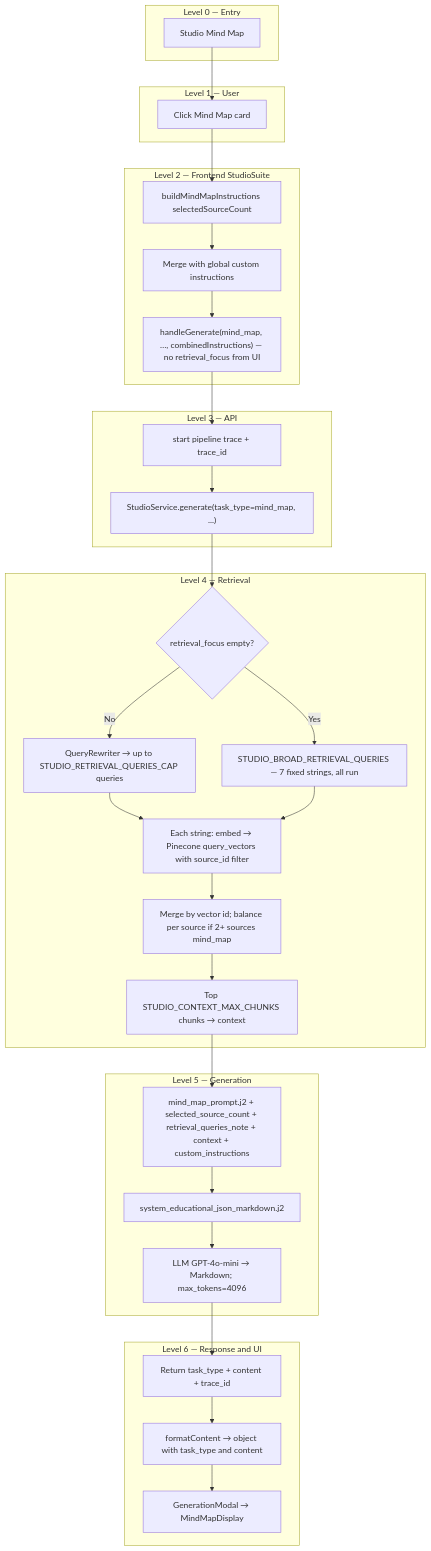
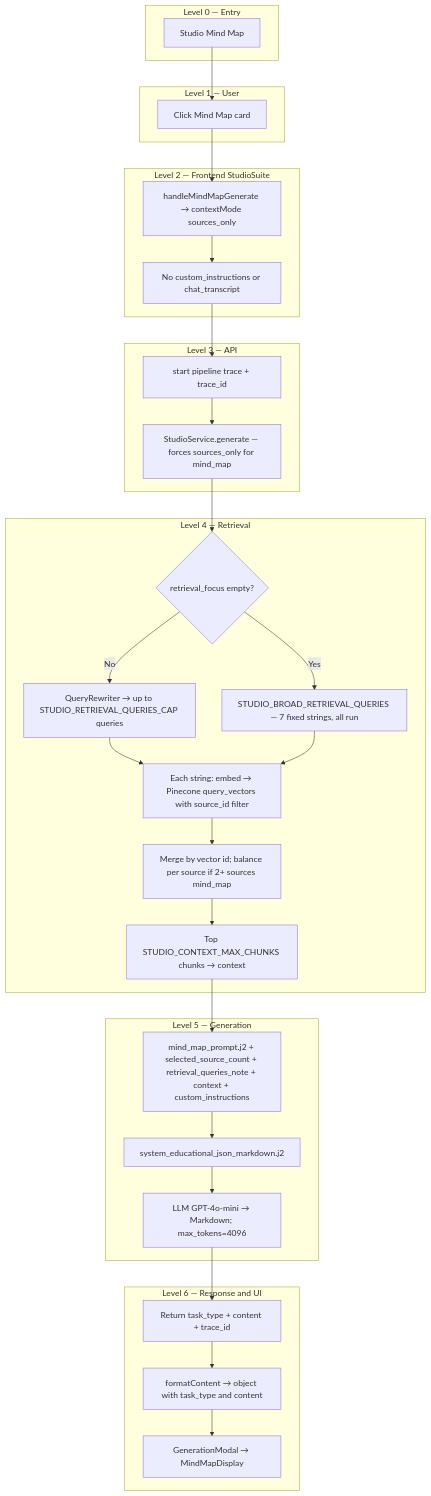
One commit to komaleswarreddy/scholar-sync changed the diagram in docs/STUDIO_MIND_MAP_FLOW.md. Above: the diagram before and after it, drawn with Mermaid. The commit also changed other lines of this file and 257 other files, not shown here.

````diff
--- a/docs/STUDIO_MIND_MAP_FLOW.md
+++ b/docs/STUDIO_MIND_MAP_FLOW.md
@@ -21,51 +23,50 @@
 ```mermaid
 flowchart TB
   subgraph level0["Level 0 — Entry"]
     root[Studio Mind Map]
   end
 
   subgraph level1["Level 1 — User"]
     u1[Click Mind Map card]
   end
   root --> u1
 
   subgraph level2["Level 2 — Frontend StudioSuite"]
-    f1[buildMindMapInstructions selectedSourceCount]
-    f2[Merge with global custom instructions]
-    f3["handleGenerate(mind_map, …, combinedInstructions) — no retrieval_focus from UI"]
+    f1["handleMindMapGenerate → contextMode sources_only"]
+    f2["No custom_instructions or chat_transcript"]
   end
-  u1 --> f1 --> f2 --> f3
+  u1 --> f1 --> f2
 
   subgraph level3["Level 3 — API"]
     a1[start pipeline trace + trace_id]
-    a2["StudioService.generate(task_type=mind_map, ...)"]
+    a2["StudioService.generate — forces sources_only for mind_map"]
   end
-  f3 --> a1 --> a2
+  f2 --> a1 --> a2
 
   subgraph level4["Level 4 — Retrieval"]
     r1{retrieval_focus empty?}
     r2a["QueryRewriter → up to STUDIO_RETRIEVAL_QUERIES_CAP queries"]
     r2b["STUDIO_BROAD_RETRIEVAL_QUERIES — 7 fixed strings, all run"]
     r3["Each string: embed → Pinecone query_vectors with source_id filter"]
     r4["Merge by vector id; balance per source if 2+ sources mind_map"]
     r5["Top STUDIO_CONTEXT_MAX_CHUNKS chunks → context"]
   end
   a2 --> r1
   r1 -->|No| r2a --> r3
   r1 -->|Yes| r2b --> r3
   r3 --> r4 --> r5
 
   subgraph level5["Level 5 — Generation"]
     g1["mind_map_prompt.j2 + selected_source_count + retrieval_queries_note + context + custom_instructions"]
     g2["system_educational_json_markdown.j2"]
     g3["LLM GPT-4o-mini → Markdown; max_tokens=4096"]
   end
   r5 --> g1 --> g2 --> g3
 
   subgraph level6["Level 6 — Response and UI"]
     x1["Return task_type + content + trace_id"]
     x2["formatContent → object with task_type and content"]
     x3["GenerationModal → MindMapDisplay"]
   end
   g3 --> x1 --> x2 --> x3
 ```
````
